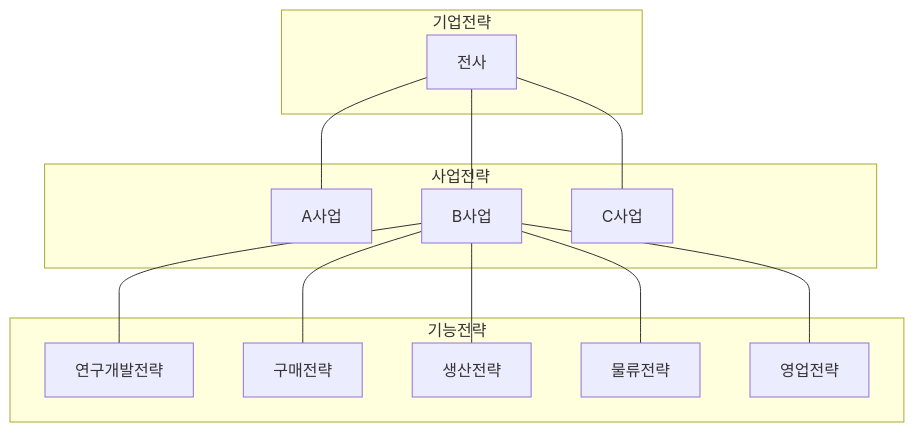
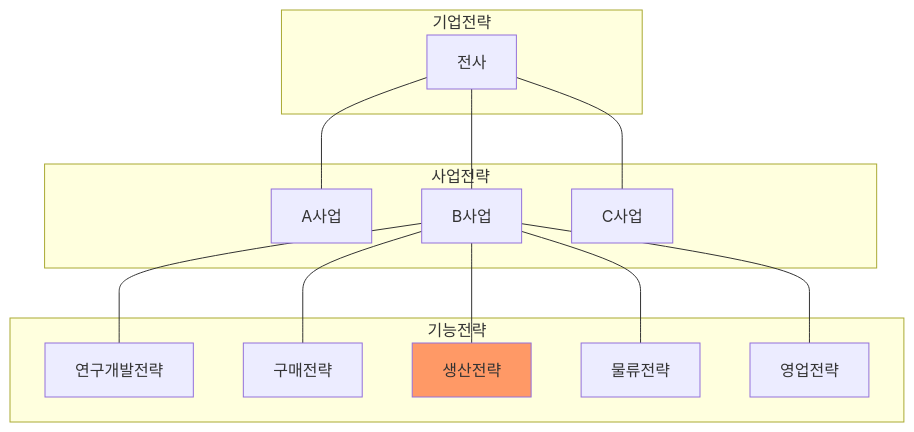
The diagram in 1-1. 경쟁우위 생산전략.qmd (yeonkyupark/PEPC), drawn with Mermaid before and after one commit.

Commit message:
1-1. 경쟁우위 생산전략.qmd 업데이트

````diff
--- a/1-1. 경쟁우위 생산전략.qmd
+++ b/1-1. 경쟁우위 생산전략.qmd
@@ -7,20 +7,22 @@
 ```{mermaid}
 flowchart TD
   subgraph 기업전략
     전사
   end
   subgraph 사업전략
     A사업
     B사업
     C사업
   end
   subgraph 기능전략
     연구개발전략
     구매전략
-    생산전략
+    생산전략:::someclass
     물류전략
     영업전략
   end
   전사 --- A사업 & B사업 & C사업
-  B사업 --- 연구개발전략 & 구매전략 & 생산전략 & 물류전략 & 영업전략 
+  B사업 --- 연구개발전략 & 구매전략 & 생산전략 & 물류전략 & 영업전략
+
+classDef someclass fill:#f96 
 ```
````
